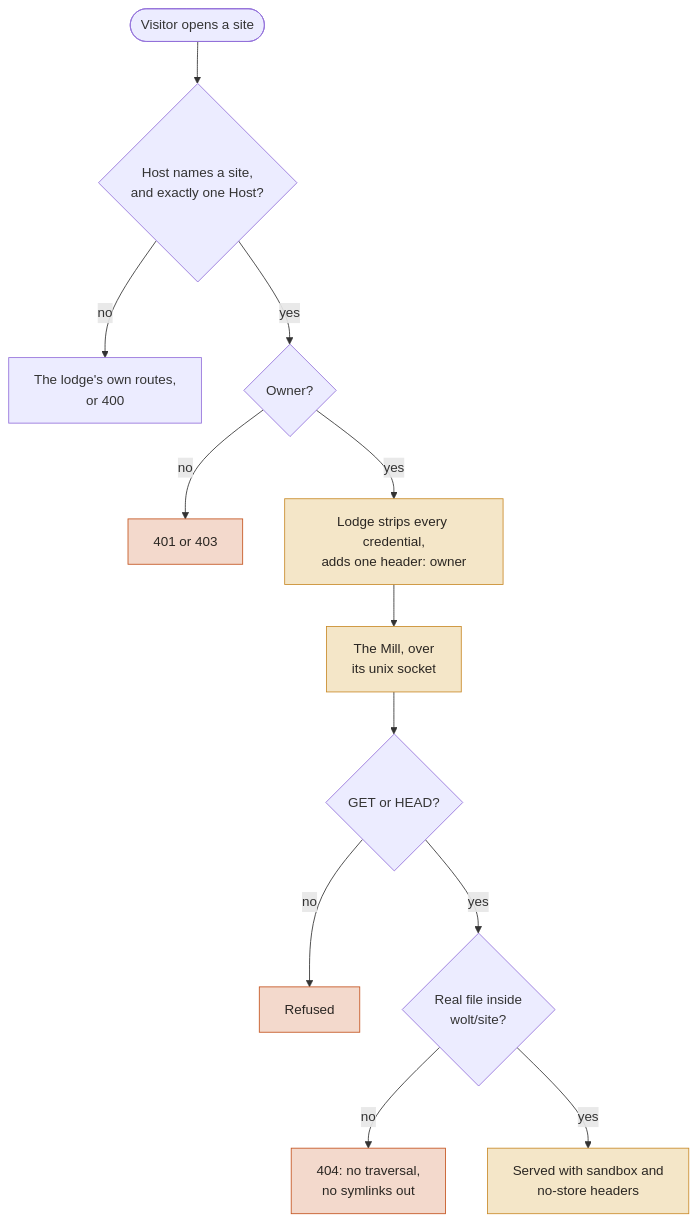
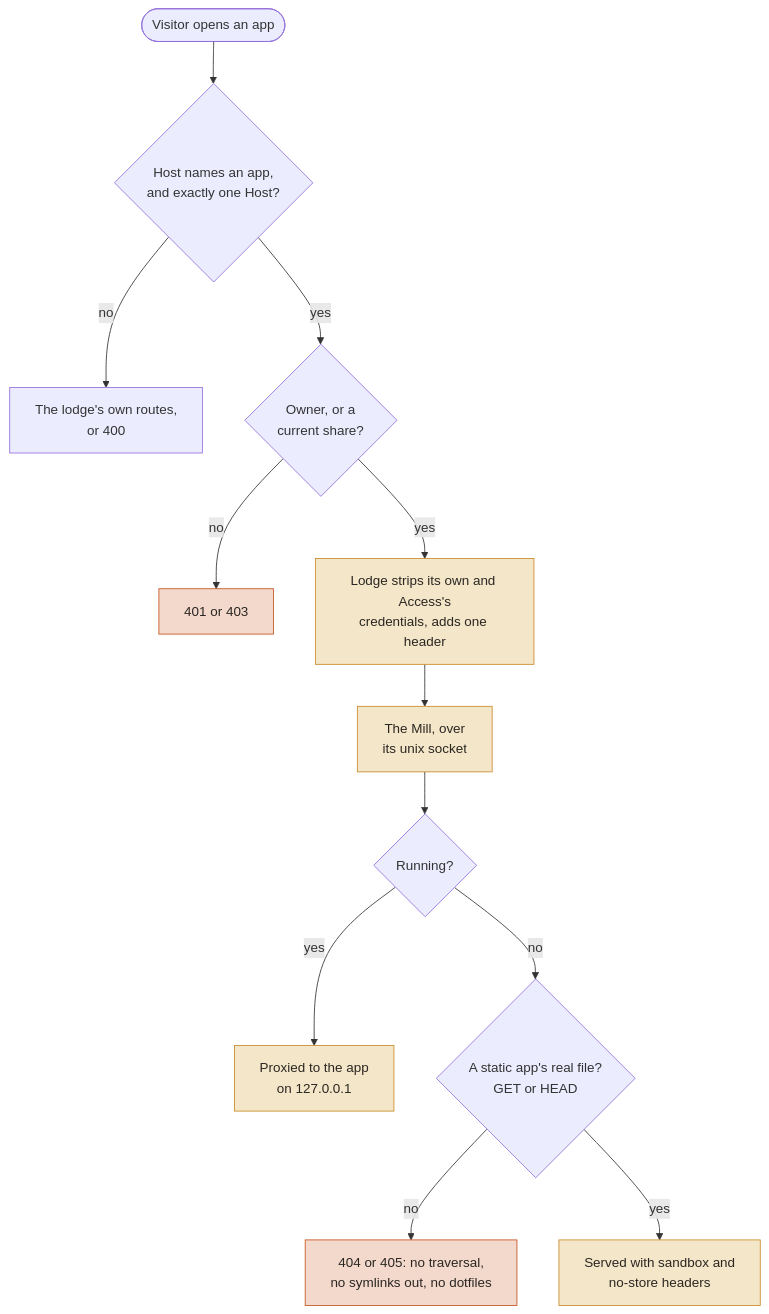
The first of 2 diagrams in docs/mill.md (jerpint/woltspace), drawn with Mermaid before and after one commit. The commit also changed other lines of this file and 8 other files, not shown here.

````diff
--- a/docs/mill.md
+++ b/docs/mill.md
@@ -45,16 +41,16 @@
 ```mermaid
 flowchart TD
-  V([Visitor opens a site]) --> H{Host names a site,<br>and exactly one Host?}
+  V([Visitor opens an app]) --> H{Host names an app,<br>and exactly one Host?}
   H -- no --> LG[The lodge's own routes,<br>or 400]
-  H -- yes --> O{Owner?}
+  H -- yes --> O{Owner, or a<br>current share?}
   O -- no --> R1[401 or 403]:::bad
-  O -- yes --> ST[Lodge strips every credential,<br>adds one header: owner]:::new
+  O -- yes --> ST[Lodge strips its own and Access's<br>credentials, adds one header]:::new
   ST --> M[The Mill, over<br>its unix socket]:::new
-  M --> GT{GET or HEAD?}
-  GT -- no --> R2[Refused]:::bad
-  GT -- yes --> F{Real file inside<br>wolt/site?}
-  F -- no --> R3[404: no traversal,<br>no symlinks out]:::bad
+  M --> RUN{Running?}
+  RUN -- yes --> P[Proxied to the app<br>on 127.0.0.1]:::new
+  RUN -- no --> F{A static app's real file?<br>GET or HEAD}
+  F -- no --> R3[404 or 405: no traversal,<br>no symlinks out, no dotfiles]:::bad
   F -- yes --> OK[Served with sandbox and<br>no-store headers]:::new
   classDef new fill:#f4e6c8,stroke:#C98B2A,color:#2a2622
   classDef bad fill:#f3d9cc,stroke:#C4531E,color:#2a2622
 ```
````
